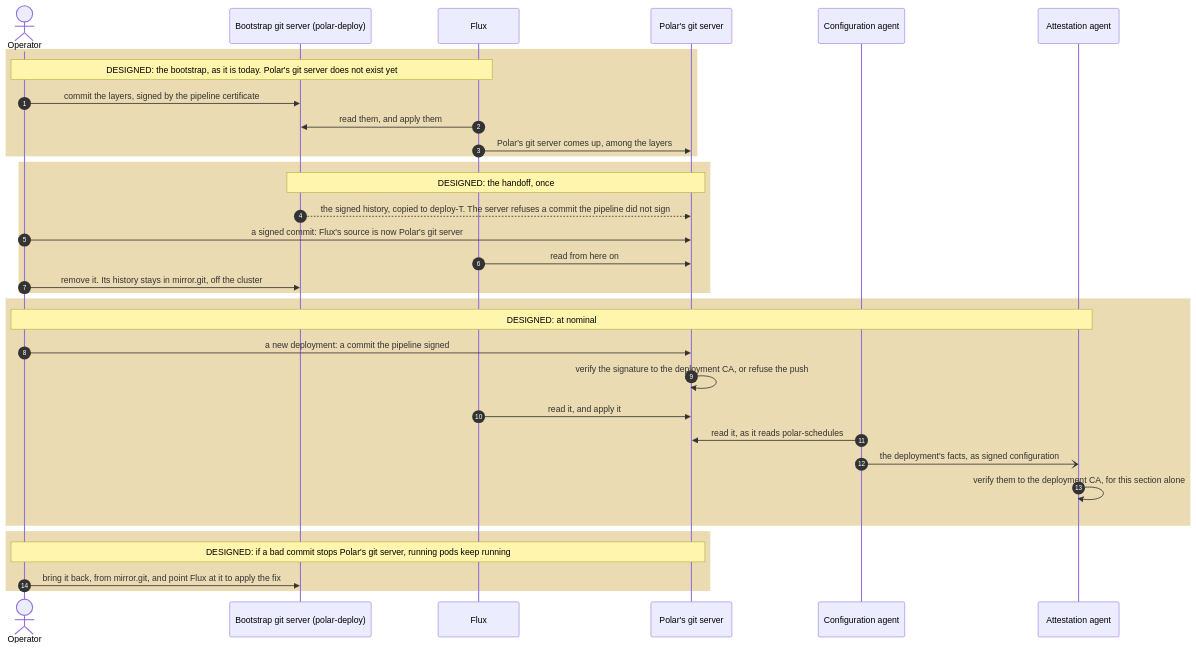
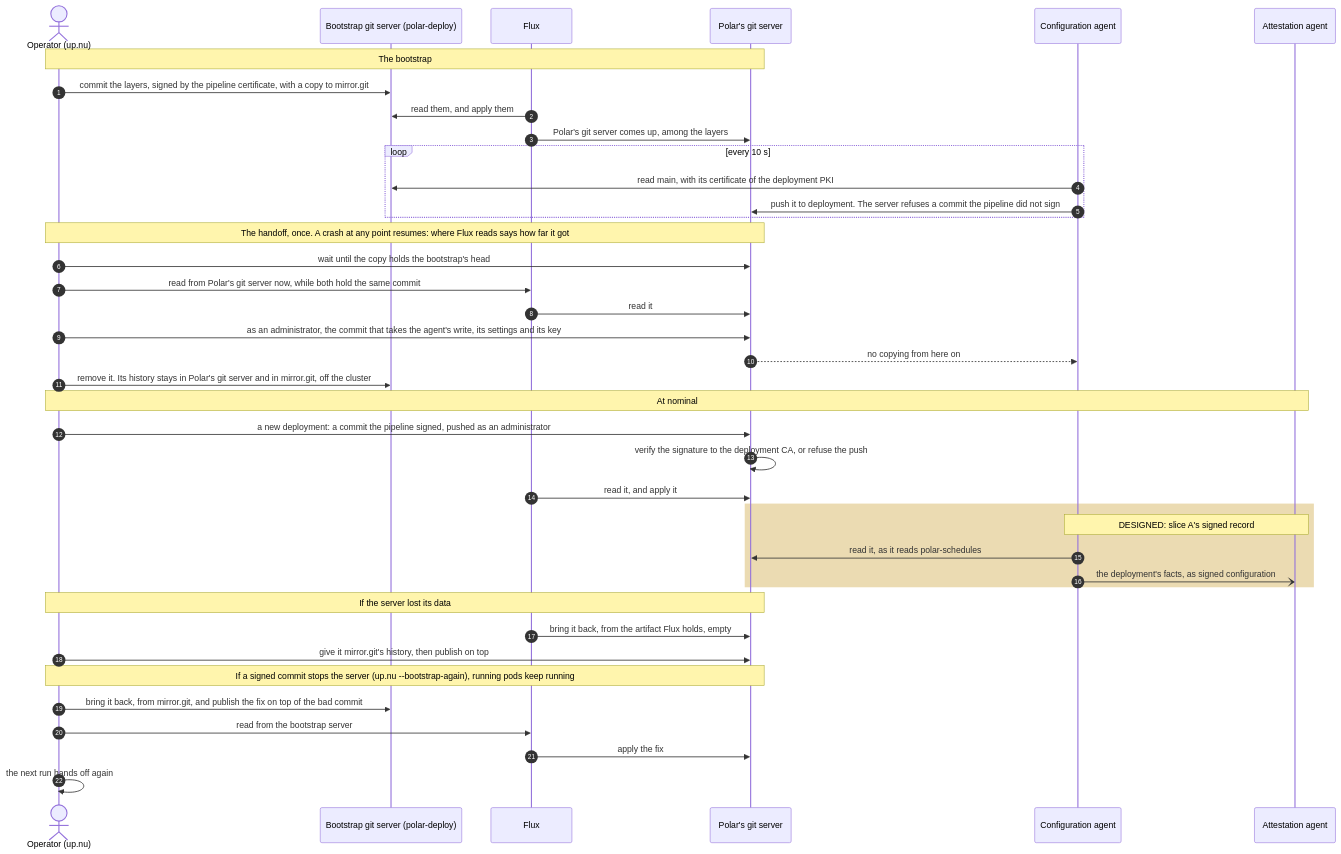
Before and after one commit to cmu-sei/ace-tops: the diagram in docs/architecture/sequences/bootstrap/phase4-handoff.mmd, drawn with Mermaid. The commit also changed 21 other files, not shown here.

```diff
--- a/docs/architecture/sequences/bootstrap/phase4-handoff.mmd
+++ b/docs/architecture/sequences/bootstrap/phase4-handoff.mmd
@@ -1,61 +1,68 @@
 %% ACE Tool
 %%
 %% Copyright 2026 Carnegie Mellon University.
 %%
 %% NO WARRANTY. THIS CARNEGIE MELLON UNIVERSITY AND SOFTWARE ENGINEERING INSTITUTE MATERIAL IS
 %% FURNISHED ON AN "AS-IS" BASIS. CARNEGIE MELLON UNIVERSITY MAKES NO WARRANTIES OF ANY KIND, EITHER
 %% EXPRESSED OR IMPLIED, AS TO ANY MATTER INCLUDING, BUT NOT LIMITED TO, WARRANTY OF FITNESS FOR
 %% PURPOSE OR MERCHANTABILITY, EXCLUSIVITY, OR RESULTS OBTAINED FROM USE OF THE MATERIAL. CARNEGIE
 %% MELLON UNIVERSITY DOES NOT MAKE ANY WARRANTY OF ANY KIND WITH RESPECT TO FREEDOM FROM PATENT,
 %% TRADEMARK, OR COPYRIGHT INFRINGEMENT.
 %%
 %% Licensed under a MIT (SEI)-style license, please see license.txt or contact
 %% permission@sei.cmu.edu for full terms.
 %%
 %% [DISTRIBUTION STATEMENT A] This material has been approved for public release and unlimited
 %% distribution.  Please see Copyright notice for non-US Government use and distribution.
 %%
 %% This Software includes and/or makes use of Third-Party Software each subject to its own license.
 %%
 %% DM26-0670
 
-%% Handing a cluster's deployment over to Polar's own git server (cluster-bootstrap.md, "Handing off to Polar's git server"). All designed, nothing
-%% built. Who makes the copy, and how Flux is identified to the server, are open.
+%% Handing a cluster's deployment over to Polar's own git server (cluster-bootstrap.md, "Handing off to Polar's git server").
+%% Built and run, but for the last box's two last lines: the facts the configuration agent reads for the attestation agent (runtime-attestation.md).
 sequenceDiagram
     autonumber
-    actor Op as Operator
+    actor Op as Operator (up.nu)
     participant Boot as Bootstrap git server (polar-deploy)
     participant Flux as Flux
     participant Git as Polar's git server
     participant Cfg as Configuration agent
     participant Att as Attestation agent
 
-    rect rgb(235, 219, 178)
-    Note over Op,Flux: DESIGNED: the bootstrap, as it is today. Polar's git server does not exist yet
-    Op->>Boot: commit the layers, signed by the pipeline certificate
+    Note over Op,Git: The bootstrap
+    Op->>Boot: commit the layers, signed by the pipeline certificate, with a copy to mirror.git
     Flux->>Boot: read them, and apply them
     Flux->>Git: Polar's git server comes up, among the layers
+    loop every 10 s
+        Cfg->>Boot: read main, with its certificate of the deployment PKI
+        Cfg->>Git: push it to deployment. The server refuses a commit the pipeline did not sign
     end
 
+    Note over Op,Git: The handoff, once. A crash at any point resumes: where Flux reads says how far it got
+    Op->>Git: wait until the copy holds the bootstrap's head
+    Op->>Flux: read from Polar's git server now, while both hold the same commit
+    Flux->>Git: read it
+    Op->>Git: as an administrator, the commit that takes the agent's write, its settings and its key
+    Git-->>Cfg: no copying from here on
+    Op->>Boot: remove it. Its history stays in Polar's git server and in mirror.git, off the cluster
+
+    Note over Op,Att: At nominal
+    Op->>Git: a new deployment: a commit the pipeline signed, pushed as an administrator
+    Git->>Git: verify the signature to the deployment CA, or refuse the push
+    Flux->>Git: read it, and apply it
     rect rgb(235, 219, 178)
-    Note over Boot,Git: DESIGNED: the handoff, once
-    Boot-->>Git: the signed history, copied to deploy-T. The server refuses a commit the pipeline did not sign
-    Op->>Git: a signed commit: Flux's source is now Polar's git server
-    Flux->>Git: read from here on
-    Op->>Boot: remove it. Its history stays in mirror.git, off the cluster
+    Note over Cfg,Att: DESIGNED: slice A's signed record
+    Cfg->>Git: read it, as it reads polar-schedules
+    Cfg-)Att: the deployment's facts, as signed configuration
     end
 
-    rect rgb(235, 219, 178)
-    Note over Op,Att: DESIGNED: at nominal
-    Op->>Git: a new deployment: a commit the pipeline signed
-    Git->>Git: verify the signature to the deployment CA, or refuse the push
-    Flux->>Git: read it, and apply it
-    Cfg->>Git: read it, as it reads polar-schedules
-    Cfg-)Att: the deployment's facts, as signed configuration
-    Att->>Att: verify them to the deployment CA, for this section alone
-    end
+    Note over Op,Git: If the server lost its data
+    Flux->>Git: bring it back, from the artifact Flux holds, empty
+    Op->>Git: give it mirror.git's history, then publish on top
 
-    rect rgb(235, 219, 178)
-    Note over Op,Git: DESIGNED: if a bad commit stops Polar's git server, running pods keep running
-    Op->>Boot: bring it back, from mirror.git, and point Flux at it to apply the fix
-    end
+    Note over Op,Git: If a signed commit stops the server (up.nu --bootstrap-again), running pods keep running
+    Op->>Boot: bring it back, from mirror.git, and publish the fix on top of the bad commit
+    Op->>Flux: read from the bootstrap server
+    Flux->>Git: apply the fix
+    Op->>Op: the next run hands off again
```
